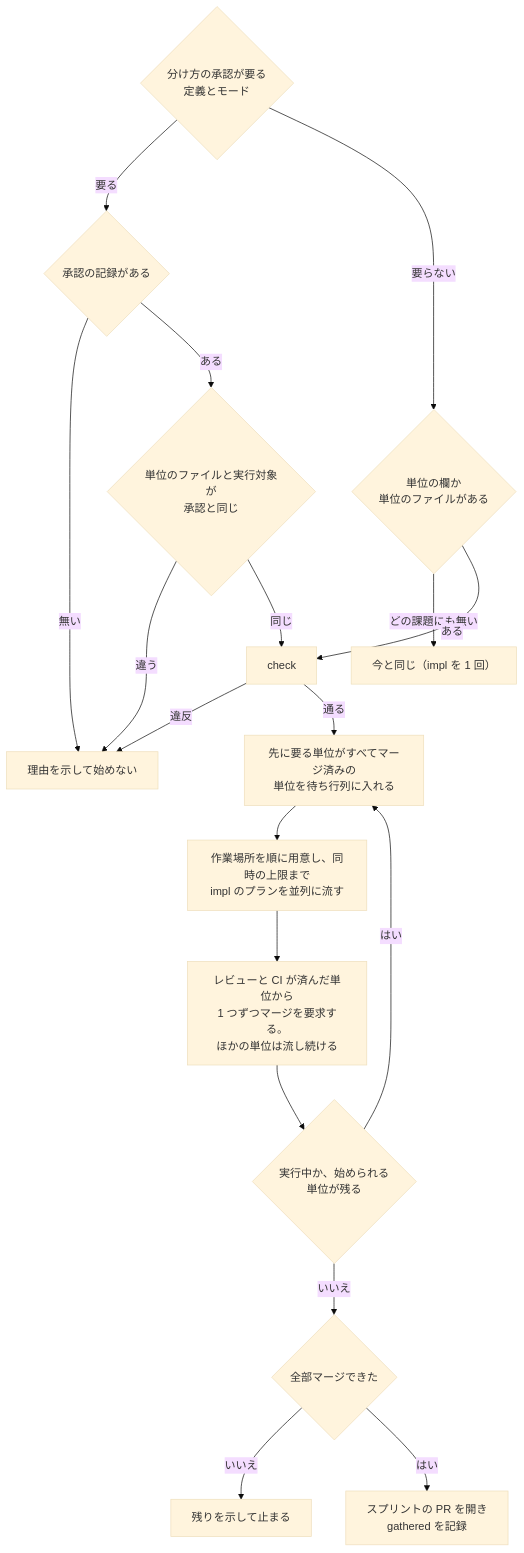
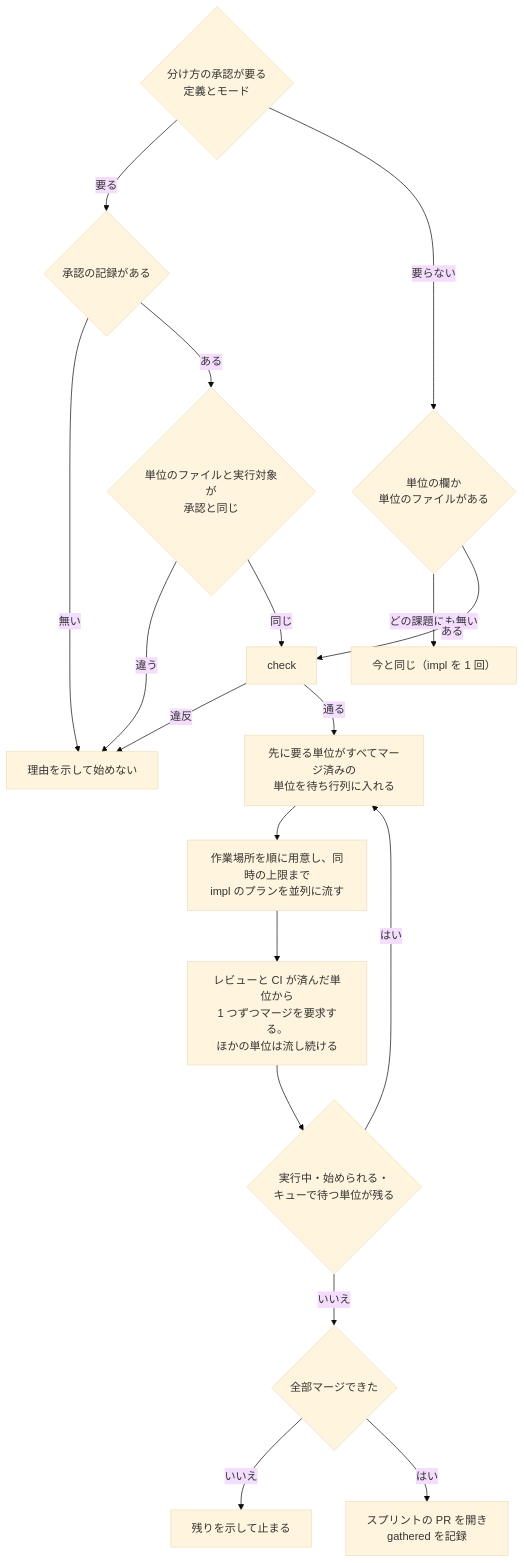
Before and after one commit to devbasex/ai-plugins: the fourth of 4 diagrams in issues/issue-3702-design.md, drawn with Mermaid (base theme). The commit also changed other lines of this file and 1 other file, not shown here.

````diff
--- a/issues/issue-3702-design.md
+++ b/issues/issue-3702-design.md
@@ -287,20 +289,20 @@
 ```mermaid
 flowchart TB
   R{"分け方の承認が要る<br/>定義とモード"} -->|要る| H{"承認の記録がある"}
   H -->|無い| X["理由を示して始めない"]
   H -->|ある| B{"単位のファイルと実行対象が<br/>承認と同じ"}
   B -->|違う| X
   B -->|同じ| C["check"]
   R -->|要らない| A{"単位の欄か<br/>単位のファイルがある"}
   A -->|どの課題にも無い| OLD["今と同じ（impl を 1 回）"]
   A -->|ある| C
   C -->|違反| X
   C -->|通る| G["先に要る単位がすべてマージ済みの<br/>単位を待ち行列に入れる"]
   G --> W["作業場所を順に用意し、同時の上限まで<br/>impl のプランを並列に流す"]
   W --> M["レビューと CI が済んだ単位から<br/>1 つずつマージを要求する。<br/>ほかの単位は流し続ける"]
-  M --> N{"実行中か、始められる<br/>単位が残る"}
+  M --> N{"実行中・始められる・<br/>キューで待つ単位が残る"}
   N -->|はい| G
   N -->|いいえ| Q{"全部マージできた"}
   Q -->|いいえ| Y["残りを示して止まる"]
   Q -->|はい| P["スプリントの PR を開き<br/>gathered を記録"]
 ```
````
